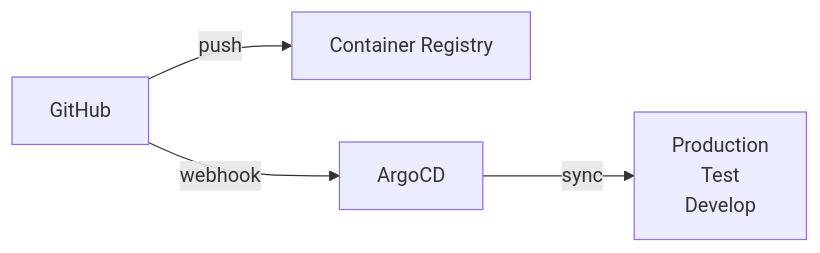
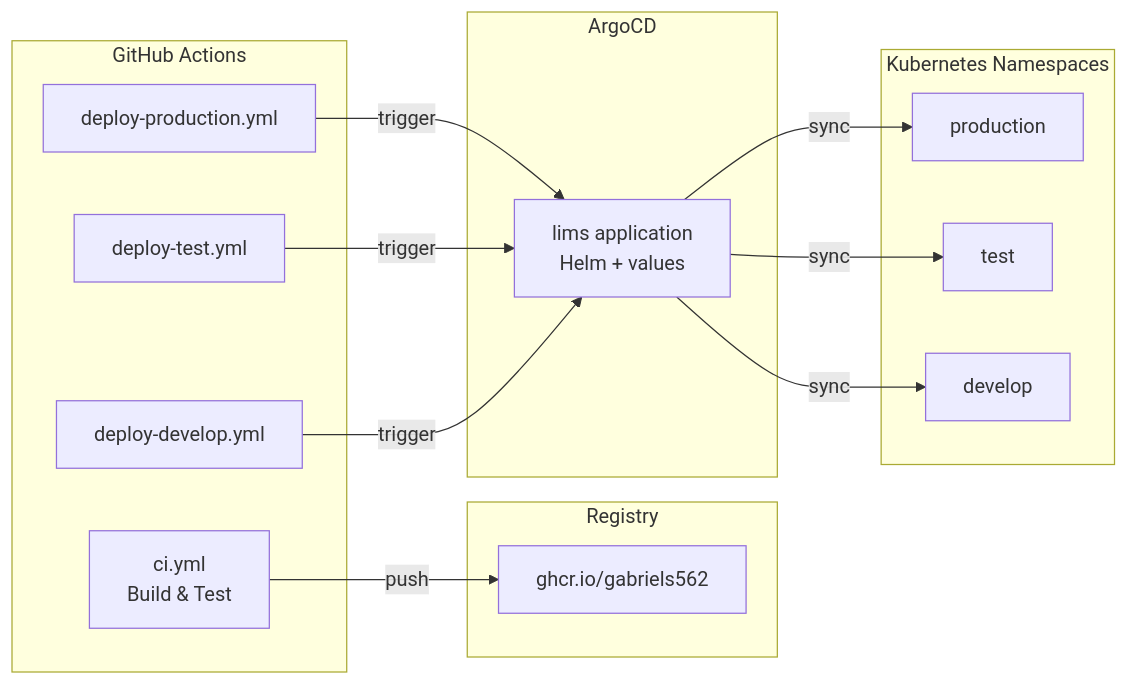
Before and after one commit to GABRIELS562/Architecture-: the third of 5 diagrams in README.md, drawn with Mermaid. The commit also changed other lines of this file, not shown here.

First line of the commit message:
Add accurate CI/CD pipeline with GitHub Actions + ArgoCD

````diff
--- a/README.md
+++ b/README.md
@@ -59,6 +104,27 @@
 ```mermaid
 flowchart LR
-    GH["GitHub"] -->|push| GHCR["Container Registry"]
-    GH -->|webhook| ARGO["ArgoCD"]
-    ARGO -->|sync| ENV["Production<br/>Test<br/>Develop"]
+    subgraph CI["GitHub Actions"]
+        BUILD["ci.yml<br/>Build & Test"]
+        DEPLOY_P["deploy-production.yml"]
+        DEPLOY_T["deploy-test.yml"]
+        DEPLOY_D["deploy-develop.yml"]
+    end
+
+    subgraph Registry
+        GHCR["ghcr.io/gabriels562"]
+    end
+
+    subgraph CD["ArgoCD"]
+        APP["lims application<br/>Helm + values"]
+    end
+
+    subgraph K8s["Kubernetes Namespaces"]
+        PROD["production"]
+        TEST["test"]
+        DEV["develop"]
+    end
+
+    BUILD -->|push| GHCR
+    DEPLOY_P & DEPLOY_T & DEPLOY_D -->|trigger| APP
+    APP -->|sync| PROD & TEST & DEV
 ```
````
